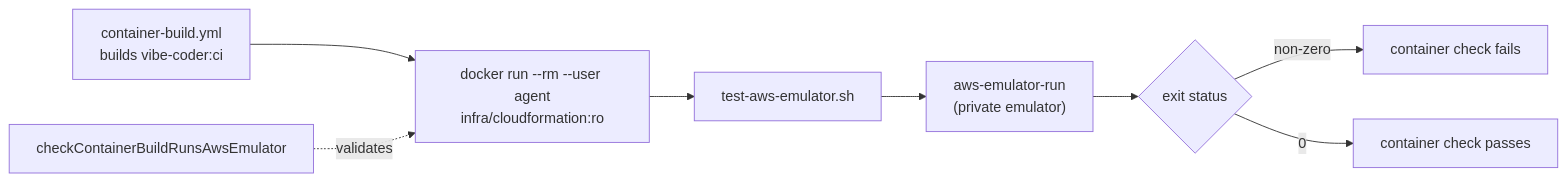
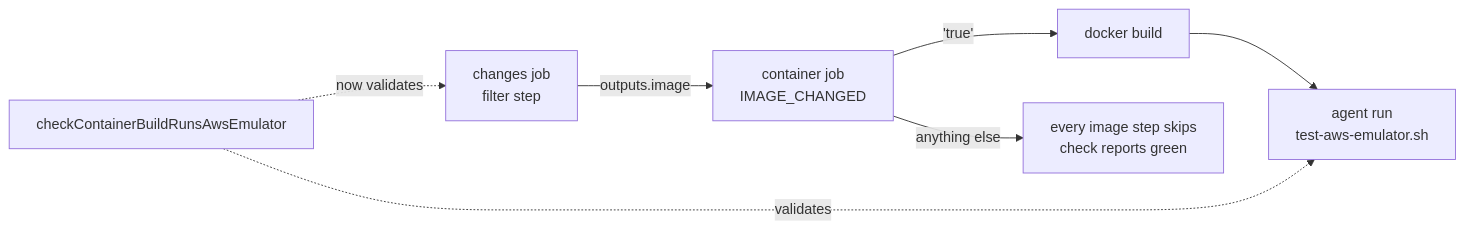
The diagram in docs/archive/pr-summaries/pr-summary-5110.md (stSoftwareAU/VibeCoder), drawn with Mermaid before and after one commit. The commit also changed other lines of this file, not shown here.

First line of the commit message:
WIP checkpoint: periodic agent progress snapshot

````diff
--- a/docs/archive/pr-summaries/pr-summary-5110.md
+++ b/docs/archive/pr-summaries/pr-summary-5110.md
@@ -90,10 +78,8 @@
 ```mermaid
 flowchart LR
-    B["container-build.yml<br/>builds vibe-coder:ci"] --> A["docker run --rm --user agent<br/>infra/cloudformation:ro"]
-    A --> S["test-aws-emulator.sh"]
-    S --> R["aws-emulator-run<br/>(private emulator)"]
-    R --> X{"exit status"}
-    X -->|non-zero| F["container check fails"]
-    X -->|0| P["container check passes"]
-    V["checkContainerBuildRunsAwsEmulator"] -.validates.-> A
+    C["changes job<br/>filter step"] -->|"outputs.image"| E["container job<br/>IMAGE_CHANGED"]
+    E -->|"'true'"| B["docker build"] --> A["agent run<br/>test-aws-emulator.sh"]
+    E -->|"anything else"| S["every image step skips<br/>check reports green"]
+    V["checkContainerBuildRunsAwsEmulator"] -.now validates.-> C
+    V -.validates.-> A
 ```
````
